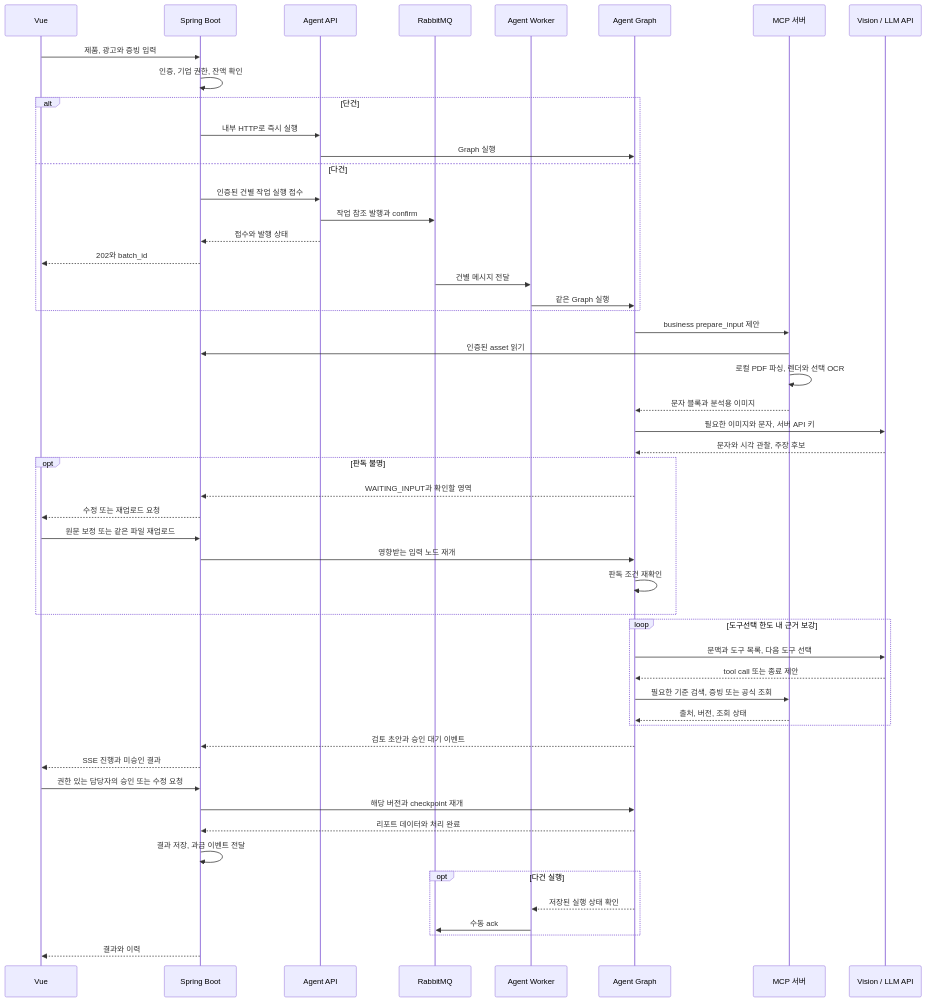
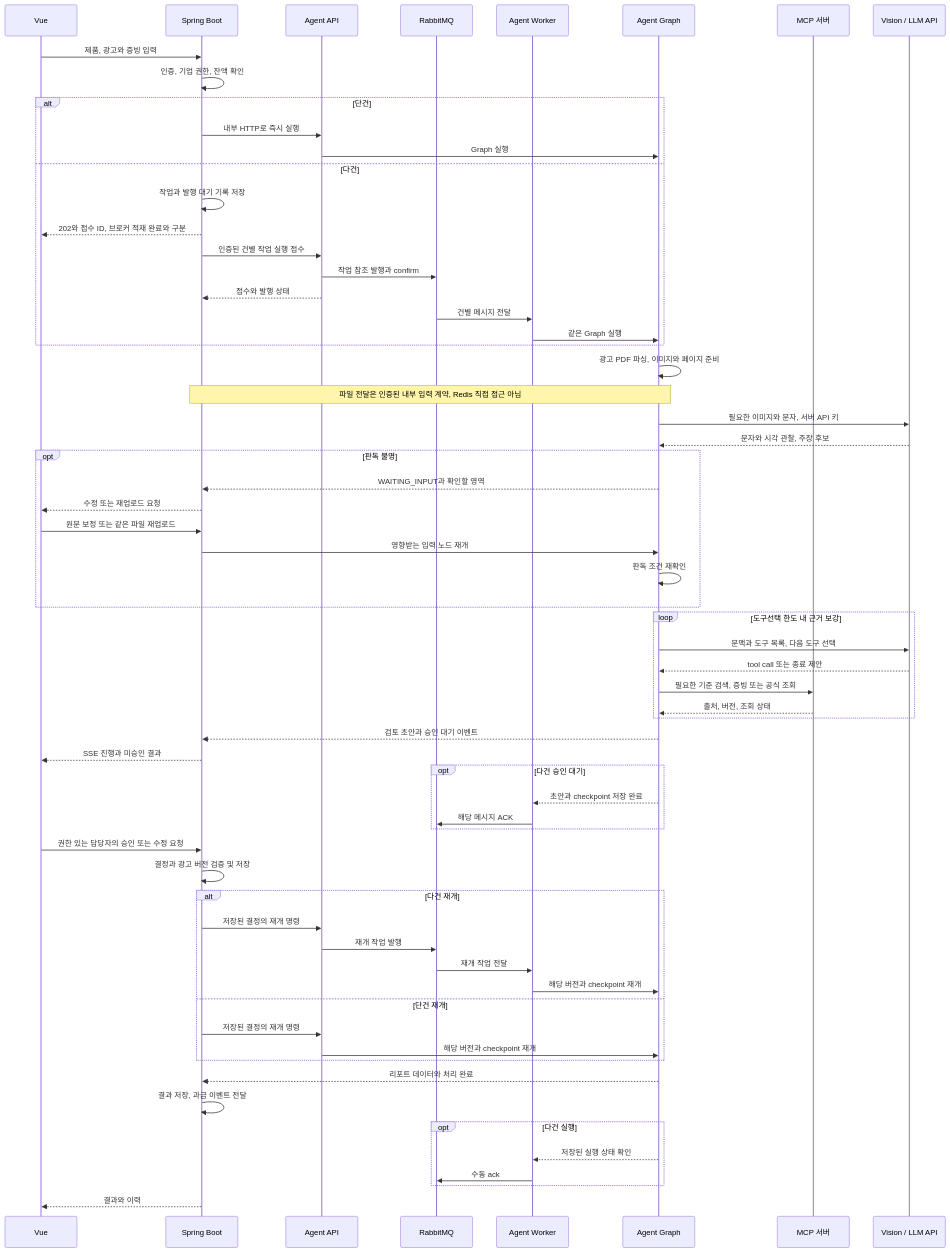
Before and after one commit to SKALA-AI-Agent-Capstone/backend: the second of 2 diagrams in docs/01-architecture.md, drawn with Mermaid. The commit also changed other lines of this file and 11 other files, not shown here.

```diff
--- a/docs/01-architecture.md
+++ b/docs/01-architecture.md
@@ -116,54 +120,66 @@
 ~~~mermaid
 sequenceDiagram
   participant U as Vue
   participant B as Spring Boot
   participant E as Agent API
   participant Q as RabbitMQ
   participant W as Agent Worker
   participant A as Agent Graph
   participant M as MCP 서버
   participant L as Vision / LLM API
   U->>B: 제품, 광고와 증빙 입력
   B->>B: 인증, 기업 권한, 잔액 확인
   alt 단건
     B->>E: 내부 HTTP로 즉시 실행
     E->>A: Graph 실행
   else 다건
+    B->>B: 작업과 발행 대기 기록 저장
+    B-->>U: 202와 접수 ID, 브로커 적재 완료와 구분
     B->>E: 인증된 건별 작업 실행 접수
     E->>Q: 작업 참조 발행과 confirm
     E-->>B: 접수와 발행 상태
-    B-->>U: 202와 batch_id
     Q->>W: 건별 메시지 전달
     W->>A: 같은 Graph 실행
   end
-  A->>M: business prepare_input 제안
-  M->>B: 인증된 asset 읽기
-  M->>M: 로컬 PDF 파싱, 렌더와 선택 OCR
-  M-->>A: 문자 블록과 분석용 이미지
+  A->>A: 광고 PDF 파싱, 이미지와 페이지 준비
+  Note over B,A: 파일 전달은 인증된 내부 입력 계약, Redis 직접 접근 아님
   A->>L: 필요한 이미지와 문자, 서버 API 키
   L-->>A: 문자와 시각 관찰, 주장 후보
   opt 판독 불명
     A-->>B: WAITING_INPUT과 확인할 영역
     B-->>U: 수정 또는 재업로드 요청
     U->>B: 원문 보정 또는 같은 파일 재업로드
     B->>A: 영향받는 입력 노드 재개
     A->>A: 판독 조건 재확인
   end
   loop 도구선택 한도 내 근거 보강
     A->>L: 문맥과 도구 목록, 다음 도구 선택
     L-->>A: tool call 또는 종료 제안
     A->>M: 필요한 기준 검색, 증빙 또는 공식 조회
     M-->>A: 출처, 버전, 조회 상태
   end
   A-->>B: 검토 초안과 승인 대기 이벤트
   B-->>U: SSE 진행과 미승인 결과
+  opt 다건 승인 대기
+    A-->>W: 초안과 checkpoint 저장 완료
+    W->>Q: 해당 메시지 ACK
+  end
   U->>B: 권한 있는 담당자의 승인 또는 수정 요청
-  B->>A: 해당 버전과 checkpoint 재개
+  B->>B: 결정과 광고 버전 검증 및 저장
+  alt 다건 재개
+    B->>E: 저장된 결정의 재개 명령
+    E->>Q: 재개 작업 발행
+    Q->>W: 재개 작업 전달
+    W->>A: 해당 버전과 checkpoint 재개
+  else 단건 재개
+    B->>E: 저장된 결정의 재개 명령
+    E->>A: 해당 버전과 checkpoint 재개
+  end
   A-->>B: 리포트 데이터와 처리 완료
   B->>B: 결과 저장, 과금 이벤트 전달
   opt 다건 실행
     A-->>W: 저장된 실행 상태 확인
     W->>Q: 수동 ack
   end
   B-->>U: 결과와 이력
 ~~~
```
